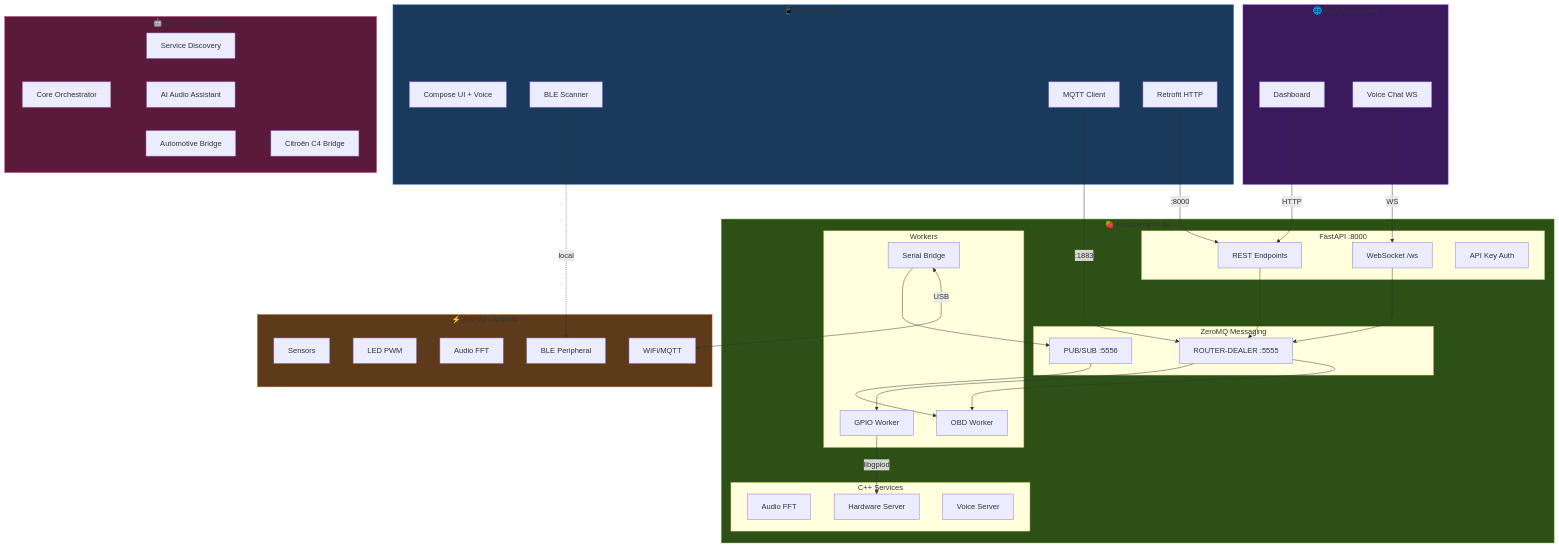
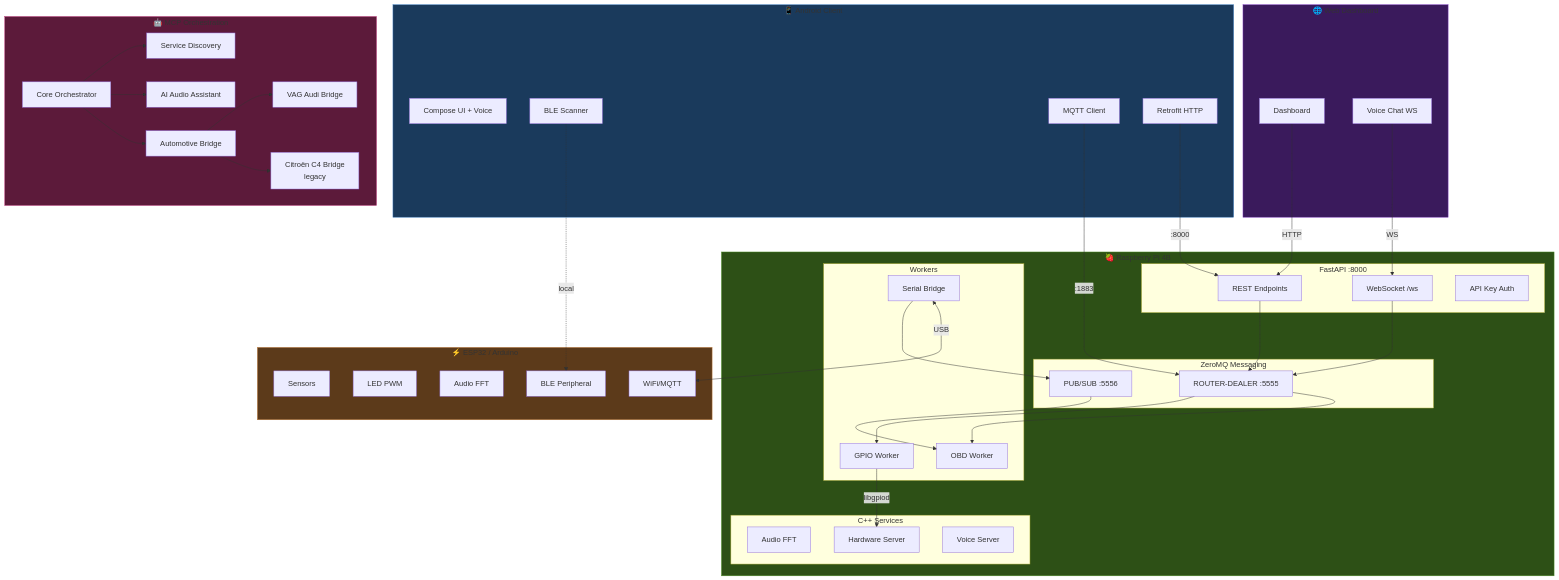
The first of 2 diagrams in .github/prompts/mia-architecture.prompt.md (sparesparrow/mia), drawn with Mermaid before and after one commit. The commit also changed 12 other files, not shown here.

````diff
--- a/.github/prompts/mia-architecture.prompt.md
+++ b/.github/prompts/mia-architecture.prompt.md
@@ -12,80 +12,82 @@
 ```mermaid
 graph TB
     subgraph Mobile["📱 Android Client"]
         A_UI[Compose UI + Voice]
         A_BLE[BLE Scanner]
         A_MQTT[MQTT Client]
         A_HTTP[Retrofit HTTP]
     end
 
     subgraph RPi["🍓 Raspberry Pi 4B"]
         subgraph API["FastAPI :8000"]
             REST[REST Endpoints]
             WS[WebSocket /ws]
             AUTH[API Key Auth]
         end
         subgraph ZMQ["ZeroMQ Messaging"]
             BROKER[ROUTER-DEALER :5555]
             PUB[PUB/SUB :5556]
         end
         subgraph Workers
             GPIO[GPIO Worker]
             SERIAL[Serial Bridge]
             OBD[OBD Worker]
         end
         subgraph CPP["C++ Services"]
             AUDIO[Audio FFT]
             HW_SRV[Hardware Server]
             VOICE_SRV[Voice Server]
         end
     end
 
     subgraph MCU["⚡ ESP32 / Arduino"]
         SENSORS[Sensors]
         LEDS[LED PWM]
         FFT_MCU[Audio FFT]
         WIFI[WiFi/MQTT]
         BLE_MCU[BLE Peripheral]
     end
 
     subgraph Web["🌐 Web Dashboard"]
         DASH[Dashboard]
         VCHAT[Voice Chat WS]
     end
 
     subgraph MCP["🤖 MCP Orchestration"]
         CORE_MCP[Core Orchestrator]
         DISC[Service Discovery]
         AI_AUDIO[AI Audio Assistant]
         AUTO_BRIDGE[Automotive Bridge]
-        C4_BRIDGE[Citroën C4 Bridge]
+        VAG_BRIDGE[VAG Audi Bridge]
+        C4_BRIDGE[Citroën C4 Bridge<br/>legacy]
     end
 
     A_MQTT -->|:1883| BROKER
     A_HTTP -->|:8000| REST
     A_BLE -.->|local| BLE_MCU
 
     REST --> BROKER
     WS --> BROKER
     BROKER --> GPIO
     BROKER --> OBD
     SERIAL --> PUB
     PUB --> OBD
 
     SERIAL <-->|USB| WIFI
     GPIO -->|libgpiod| HW_SRV
 
     DASH -->|HTTP| REST
     VCHAT -->|WS| WS
 
     CORE_MCP --> DISC
     CORE_MCP --> AI_AUDIO
     CORE_MCP --> AUTO_BRIDGE
+    AUTO_BRIDGE --> VAG_BRIDGE
     AUTO_BRIDGE --> C4_BRIDGE
 
     style RPi fill:#2d5016,stroke:#4a8c23
     style Mobile fill:#1a3a5c,stroke:#3a7abd
     style MCU fill:#5c3a1a,stroke:#bd7a3a
     style Web fill:#3a1a5c,stroke:#7a3abd
     style MCP fill:#5c1a3a,stroke:#bd3a7a
 ```
````
